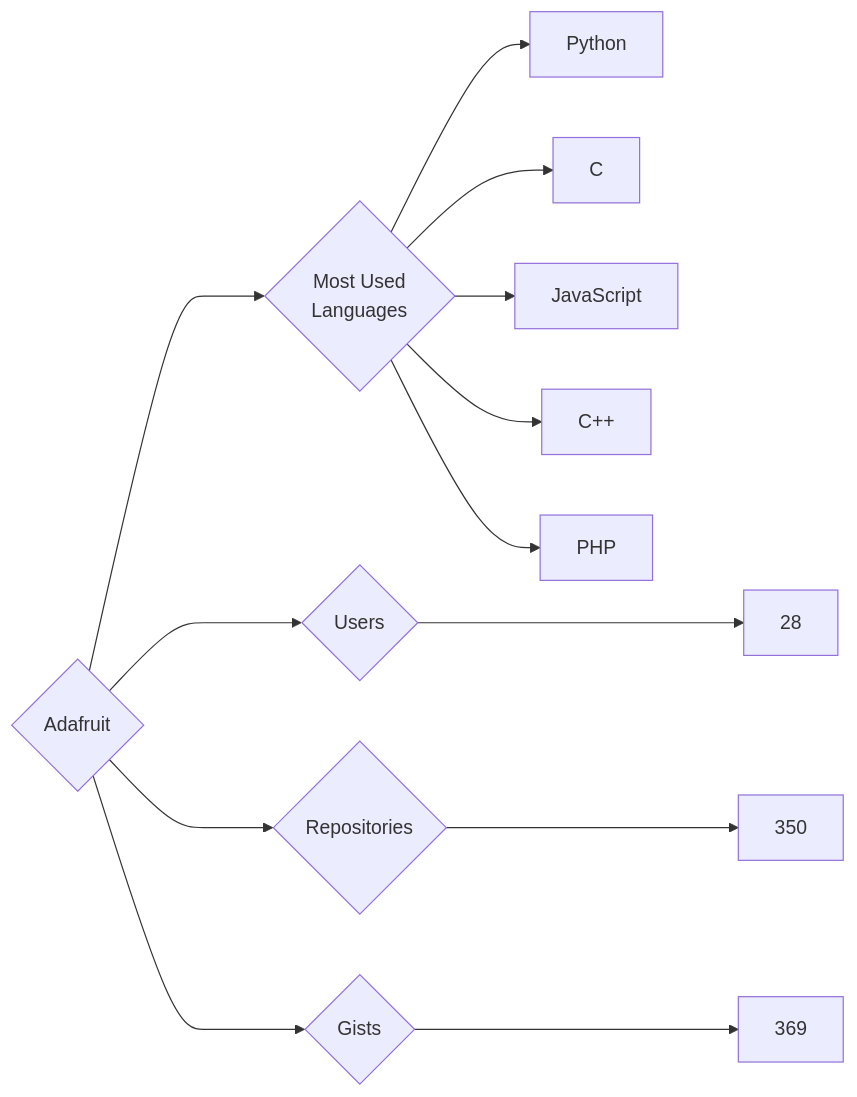
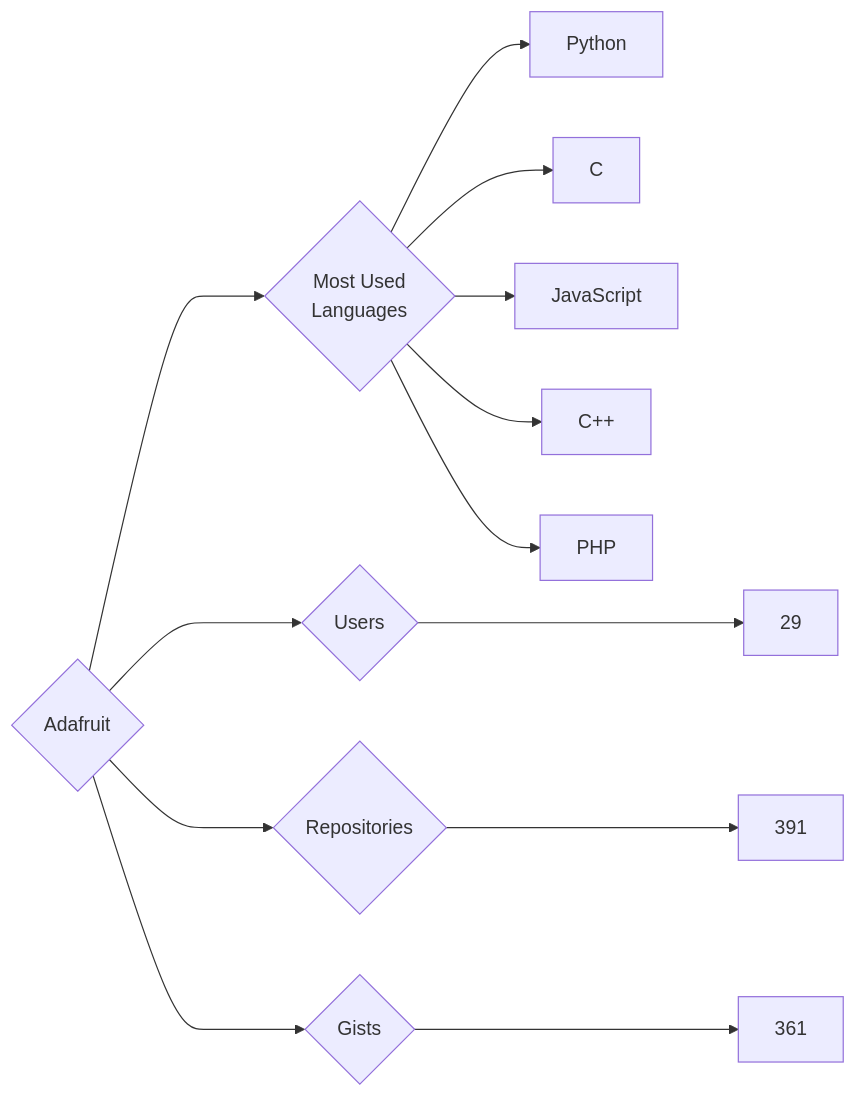
Before and after one commit to trickest/insiders: the diagram in targets/Adafruit/README.md, drawn with Mermaid. The commit also changed 860 other files, not shown here.

````diff
--- a/targets/Adafruit/README.md
+++ b/targets/Adafruit/README.md
@@ -3,13 +3,13 @@
 ```mermaid
 graph LR
 COMPANY_NAME{Adafruit}
-COMPANY_NAME ---> U{Users} ---> UN[28]
-COMPANY_NAME ---> R{Repositories} ---> RN[350]
-COMPANY_NAME ---> G{Gists} ---> GN[369]
+COMPANY_NAME ---> U{Users} ---> UN[29]
+COMPANY_NAME ---> R{Repositories} ---> RN[391]
+COMPANY_NAME ---> G{Gists} ---> GN[361]
 COMPANY_NAME ---> ML{Most Used<br>Languages}
 ML --> Python[Python]
 ML --> C[C]
 ML --> JavaScript[JavaScript]
 ML --> C++[C++]
 ML --> PHP[PHP]
 ```
````
